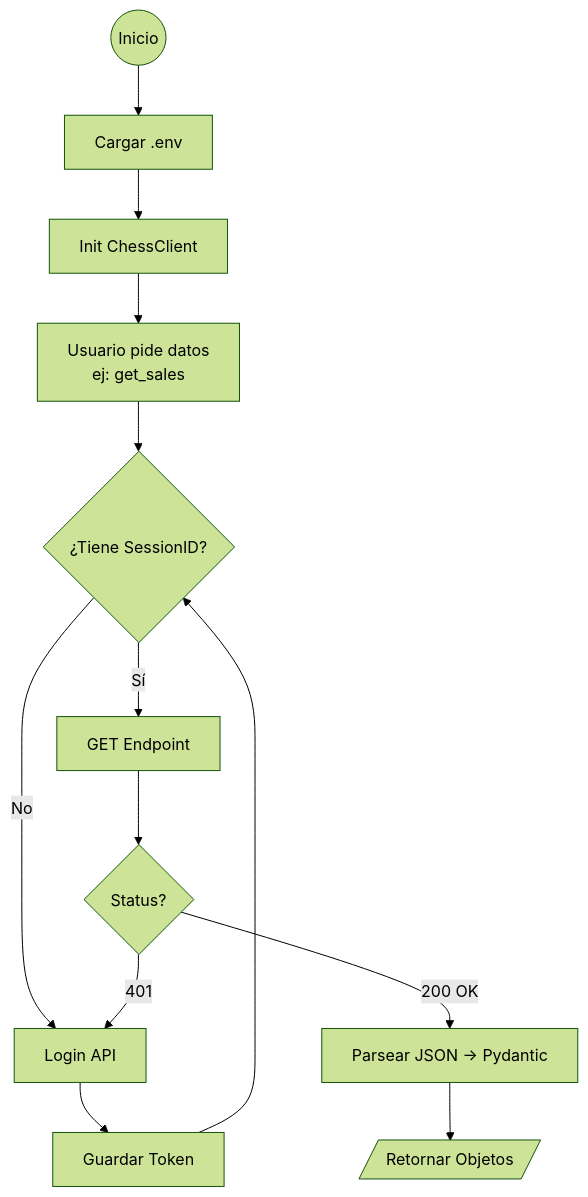
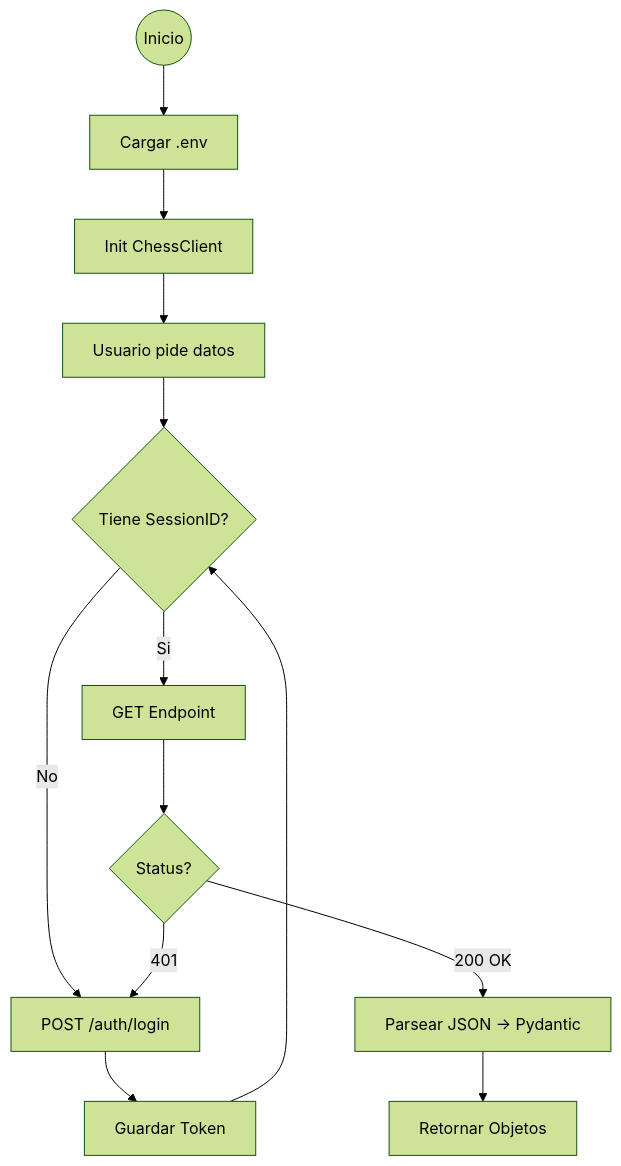
One commit to nahuel893/chesserp-py-sdk changed the diagram in CLAUDE.md. Above: the diagram before and after it, drawn with Mermaid (forest theme). The commit also changed other lines of this file and 2 other files, not shown here.

````diff
--- a/CLAUDE.md
+++ b/CLAUDE.md
@@ -27,15 +50,15 @@
 ```mermaid
 graph TD
     Start((Inicio)) --> Config[Cargar .env]
     Config --> InitClient[Init ChessClient]
-    InitClient --> ReqUser[Usuario pide datos<br/>ej: get_sales]
-    ReqUser --> Auth{¿Tiene SessionID?}
-    Auth -- No --> Login[Login API]
+    InitClient --> ReqUser[Usuario pide datos]
+    ReqUser --> Auth{Tiene SessionID?}
+    Auth -- No --> Login[POST /auth/login]
     Login --> SaveSession[Guardar Token]
     SaveSession --> Auth
-    Auth -- Sí --> Request[GET Endpoint]
+    Auth -- Si --> Request[GET Endpoint]
     Request --> Check{Status?}
     Check -- 401 --> Login
     Check -- 200 OK --> Parse[Parsear JSON -> Pydantic]
-    Parse --> Return[/Retornar Objetos/]
+    Parse --> Return[Retornar Objetos]
 ```
````
